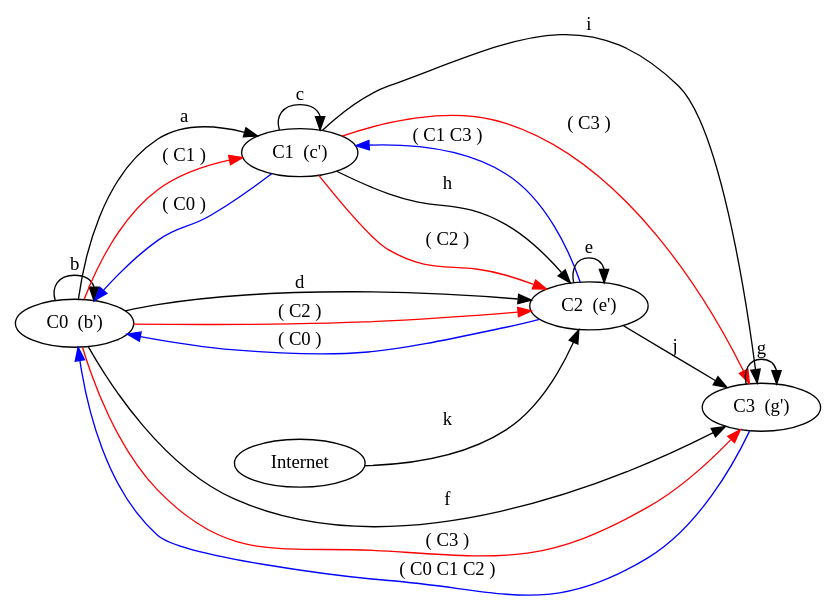
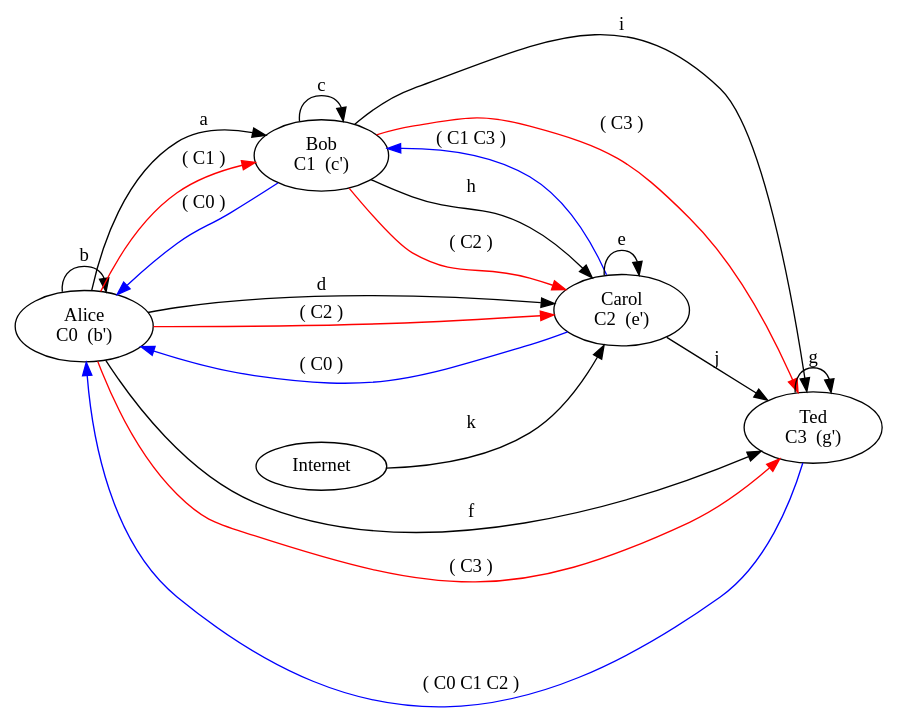
One commit to earthcomputing/bjackson-triangle-demo changed the diagram in square-routing.gv. Above: the diagram before and after it, drawn with Graphviz.

Commit message:
update graphs

```diff
--- a/square-routing.gv
+++ b/square-routing.gv
@@ -1,31 +1,27 @@
 digraph G {
     rankdir=LR
-
-    C0 [label="C0  (b')"]
-    C1 [label="C1  (c')"]
-    C2 [label="C2  (e')"]
-    C3 [label="C3  (g')"]
-
+    C0:p1 -> C1:p1 [label="a"]
     C0:p0 -> C0:p0 [label="b"]
-    C0:p1 -> C1:p1 [label="a"]
+    C1:p0 -> C1:p0 [label="c"]
     C0:p2 -> C2:p1 [label="d"]
+    C2:p0 -> C2:p0 [label="e"]
     C0:p3 -> C3:p1 [label="f"]
-    C1:p0 -> C1:p0 [label="c"]
+    C3:p0 -> C3:p0 [label="g"]
     C1:p2 -> C2:p3 [label="h"]
     C1:p3 -> C3:p2 [label="i"]
-    C2:p0 -> C2:p0 [label="e"]
     C2:p4 -> C3:p3 [label="j"]
-    C3:p0 -> C3:p0 [label="g"]
-
     Internet -> C2:p2 [label="k"]
-
-    C0:p1 -> C1:p1 [label="( C1 )" color=red]
-    C0:p2 -> C2:p1 [label="( C2 )" color=red]
-    C0:p3 -> C3:p1 [label="( C3 )" color=red]
-    C1:p1 -> C0:p1 [label="( C0 )" color=blue]
+    C0 [label="Alice\n C0  (b')"]
+    C1 [label="Bob\n C1  (c')"]
+    C2 [label="Carol\n C2  (e')"]
+    C3 [label="Ted\n C3  (g')"]
+    C3:p1 -> C0:p3 [label="( C0 C1 C2 )" color=blue]
+    C0:p3 -> C3:p1 [label="( C3 )" color=red] 
+    C2:p3 -> C1:p2 [label="( C1 C3 )" color=blue]
     C1:p2 -> C2:p3 [label="( C2 )" color=red]
     C1:p3 -> C3:p2 [label="( C3 )" color=red]
+    C1:p1 -> C0:p1 [label="( C0 )" color=blue]
+    C0:p1 -> C1:p1 [label="( C1 )" color=red]
     C2:p1 -> C0:p2 [label="( C0 )" color=blue]
-    C2:p3 -> C1:p2 [label="( C1 C3 )" color=blue]
-    C3:p1 -> C0:p3 [label="( C0 C1 C2 )" color=blue]
+    C0:p2 -> C2:p1 [label="( C2 )" color=red]
 }
```
